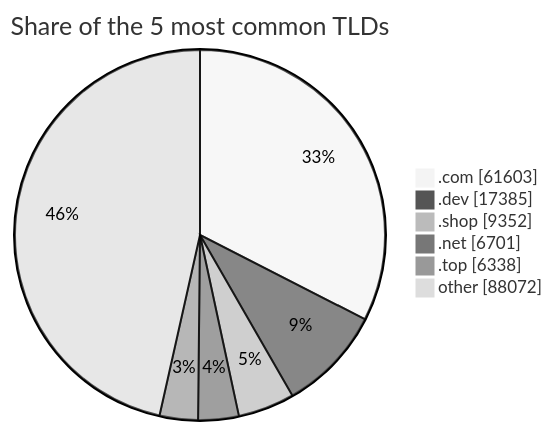
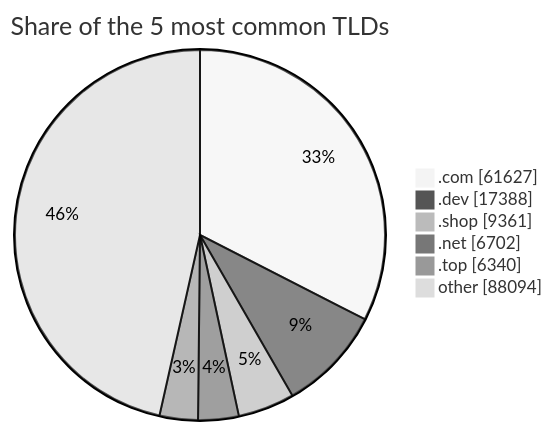
Before and after one commit to DNSBunker/CTI: the third of 3 diagrams in README.md, drawn with Mermaid (neutral theme). The commit also changed other lines of this file and 3 other files, not shown here.

````diff
--- a/README.md
+++ b/README.md
@@ -81,9 +81,9 @@
 ```mermaid
 pie showData title Share of the 5 most common TLDs
-    ".com" : 61603
-    ".dev" : 17385
-    ".shop" : 9352
-    ".net" : 6701
-    ".top" : 6338
-    "other" : 88072
+    ".com" : 61627
+    ".dev" : 17388
+    ".shop" : 9361
+    ".net" : 6702
+    ".top" : 6340
+    "other" : 88094
 ```
````
